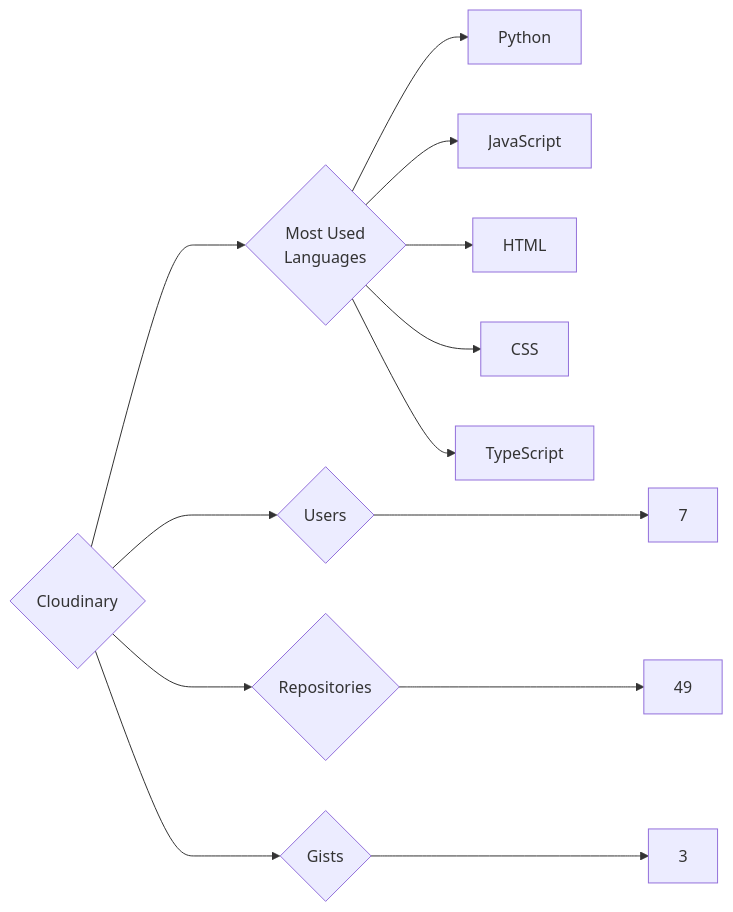
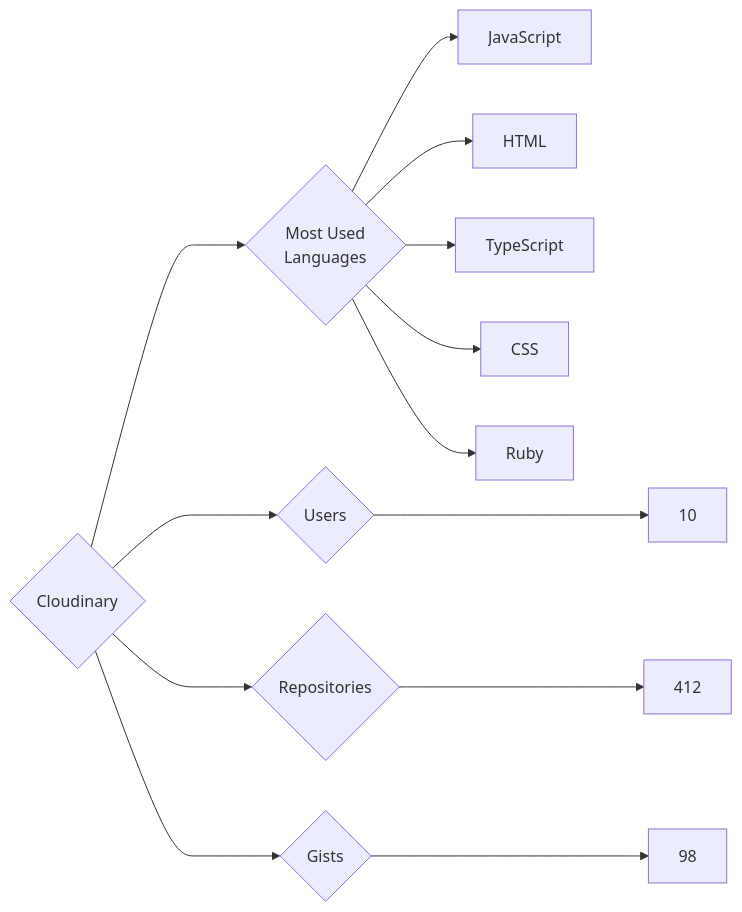
The diagram in targets/Cloudinary/README.md (trickest/insiders), drawn with Mermaid before and after one commit. The commit also changed 1175 other files, not shown here.

````diff
--- a/targets/Cloudinary/README.md
+++ b/targets/Cloudinary/README.md
@@ -3,13 +3,13 @@
 ```mermaid
 graph LR
 COMPANY_NAME{Cloudinary}
-COMPANY_NAME ---> U{Users} ---> UN[7]
-COMPANY_NAME ---> R{Repositories} ---> RN[49]
-COMPANY_NAME ---> G{Gists} ---> GN[3]
+COMPANY_NAME ---> U{Users} ---> UN[10]
+COMPANY_NAME ---> R{Repositories} ---> RN[412]
+COMPANY_NAME ---> G{Gists} ---> GN[98]
 COMPANY_NAME ---> ML{Most Used<br>Languages}
-ML --> Python[Python]
 ML --> JavaScript[JavaScript]
 ML --> HTML[HTML]
+ML --> TypeScript[TypeScript]
 ML --> CSS[CSS]
-ML --> TypeScript[TypeScript]
+ML --> Ruby[Ruby]
 ```
````
